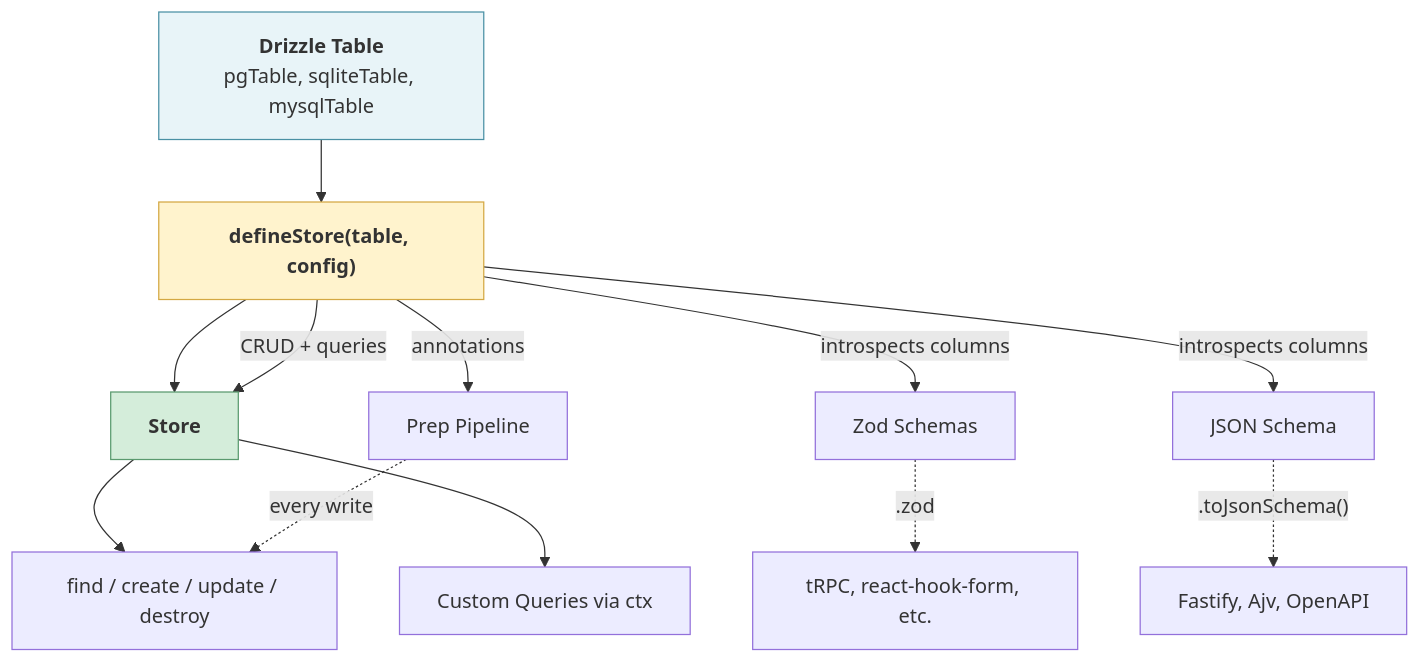
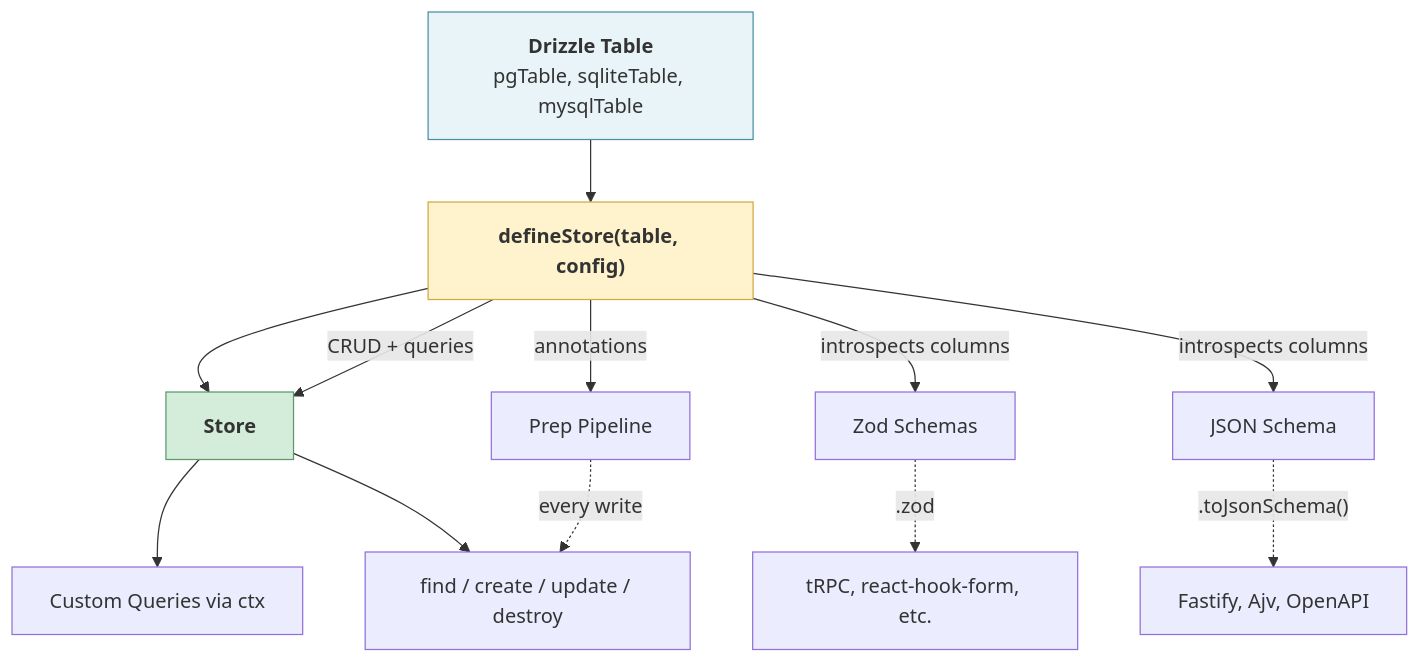
Before and after one commit to robmclarty/storium: the diagram in README.md, drawn with Mermaid. The commit also changed other lines of this file, not shown here.

Commit message:
docs: swap Custom Queries and CRUD box order in Mermaid diagram to uncross arrows

````diff
--- a/README.md
+++ b/README.md
@@ -62,21 +62,21 @@
 ```mermaid
 graph TD
     A["<b>Drizzle Table</b><br/>pgTable, sqliteTable, mysqlTable"] --> B["<b>defineStore(table, config)</b>"]
     B --> C["<b>Store</b>"]
 
     B -- "introspects columns" --> D["Zod Schemas"]
     B -- "introspects columns" --> E["JSON Schema"]
     B -- "annotations" --> F["Prep Pipeline"]
     B -- "CRUD + queries" --> C
 
+    C --> H["Custom Queries via ctx"]
     C --> G["find / create / update / destroy"]
-    C --> H["Custom Queries via ctx"]
 
     D -. ".zod" .-> I["tRPC, react-hook-form, etc."]
     E -. ".toJsonSchema()" .-> J["Fastify, Ajv, OpenAPI"]
     F -. "every write" .-> G
 
     style A fill:#e8f4f8,stroke:#4a90a4
     style B fill:#fff3cd,stroke:#d4a843
     style C fill:#d4edda,stroke:#5a9a6e
 ```
````
